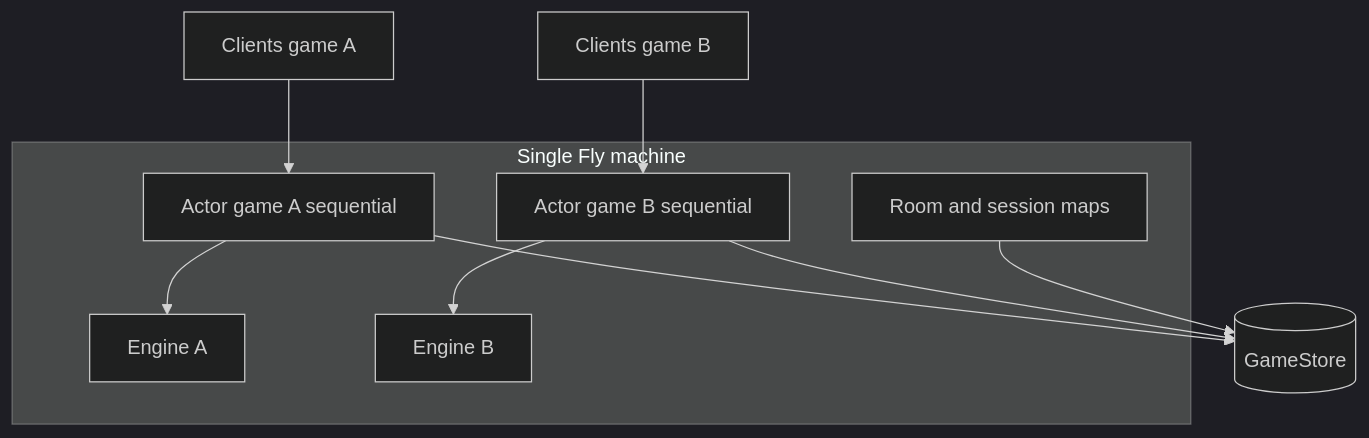
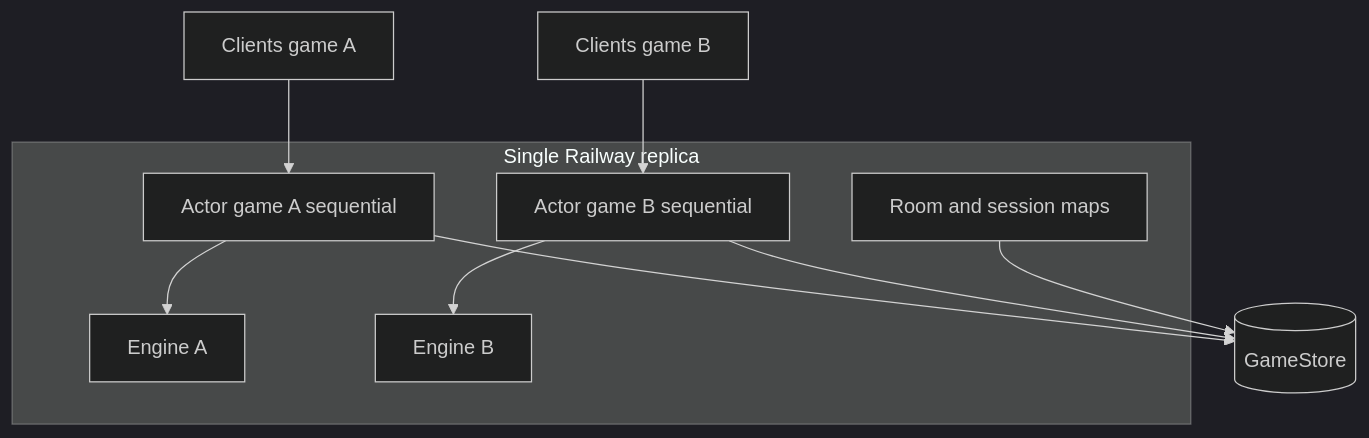
One commit to learnwithsobhit/judgment changed diagram 12 of 18 in docs/Architecture.md. Above: the diagram before and after it, drawn with Mermaid (dark theme). The commit also changed other lines of this file and 5 other files, not shown here.

````diff
--- a/docs/Architecture.md
+++ b/docs/Architecture.md
@@ -378,16 +378,16 @@
 ```mermaid
 flowchart TB
-  subgraph process [Single Fly machine]
+  subgraph process [Single Railway replica]
     r1[Room and session maps]
     a1[Actor game A sequential]
     a2[Actor game B sequential]
     eng1[Engine A]
     eng2[Engine B]
   end
 
   clientsA[Clients game A] --> a1 --> eng1
   clientsB[Clients game B] --> a2 --> eng2
   a1 --> store[(GameStore)]
   a2 --> store
   r1 --> store
 ```
````
